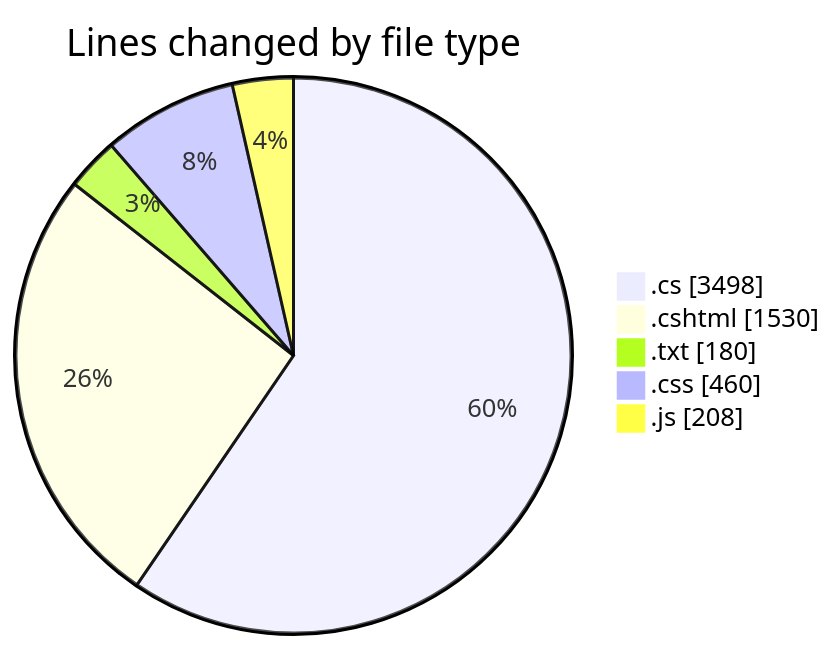
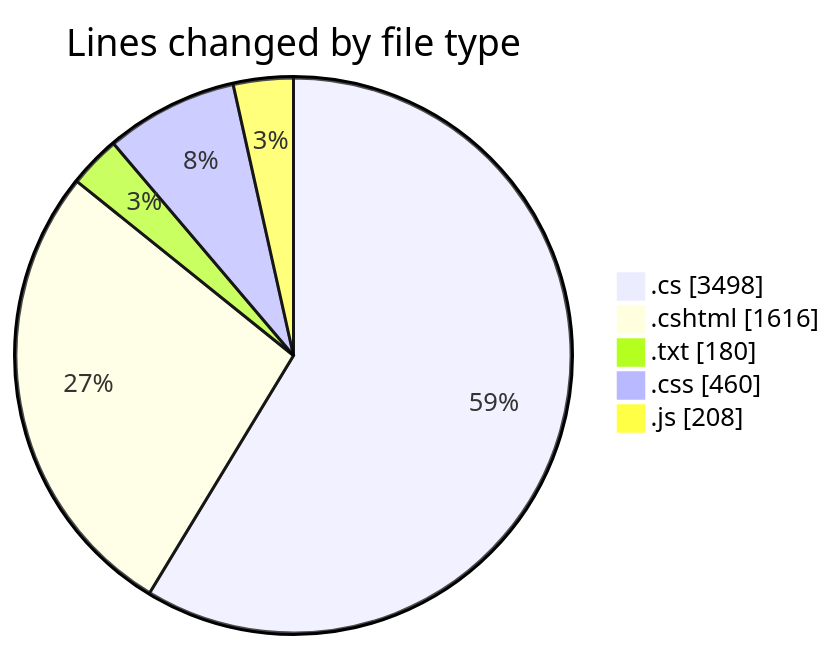
One commit to lephambinh05/code-tracking changed the first of 2 diagrams in 2025-07-28/quanlyrapchieuphim-1/README.md. Above: the diagram before and after it, drawn with Mermaid. The commit also changed other lines of this file and 1 other file, not shown here.

````diff
--- a/2025-07-28/quanlyrapchieuphim-1/README.md
+++ b/2025-07-28/quanlyrapchieuphim-1/README.md
@@ -36,9 +36,9 @@
 ```mermaid
 pie showData
 title Lines changed by file type
 ".cs" : 3498
-".cshtml" : 1530
+".cshtml" : 1616
 ".txt" : 180
 ".css" : 460
 ".js" : 208
 ```
````
